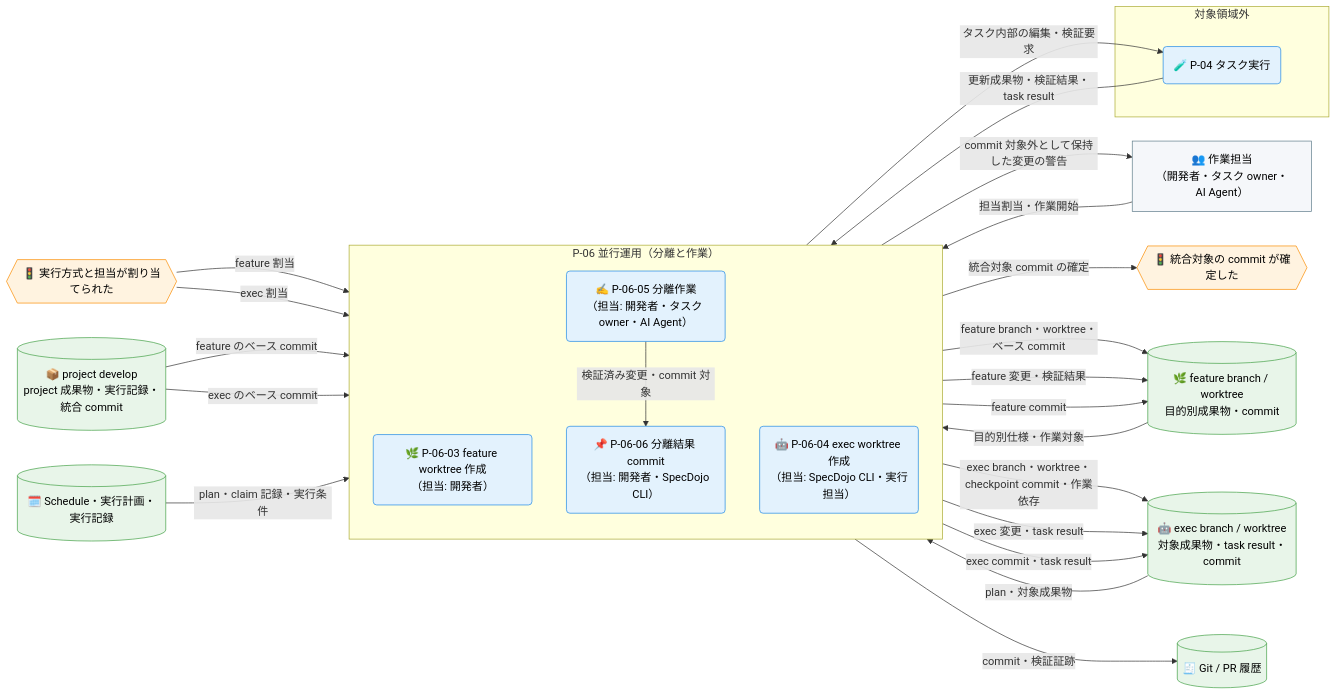
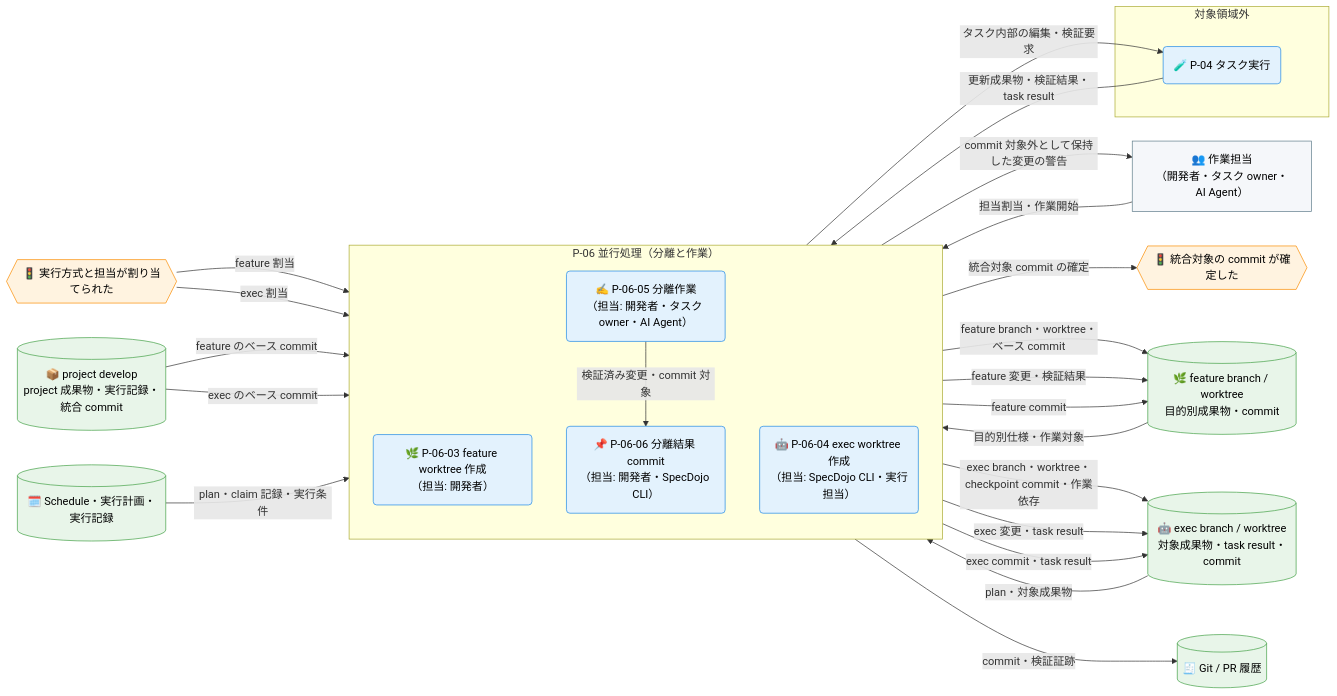
Before and after one commit to specdojo/specdojo: the second of 4 diagrams in docs/ja/product/010-business-specs/010-data-flow/cdfd-multi-project.md, drawn with Mermaid. The commit also changed other lines of this file and 18 other files, not shown here.

First line of the commit message:
exec(T-DATA-FLOW-cdfd-overview-140): finalize cdfd-overview bootstrap

````diff
--- a/docs/ja/product/010-business-specs/010-data-flow/cdfd-multi-project.md
+++ b/docs/ja/product/010-business-specs/010-data-flow/cdfd-multi-project.md
@@ -109,58 +109,58 @@
 ```mermaid
 flowchart LR
   classDef process fill:#e3f2fd,stroke:#1e88e5,color:#000
   classDef event fill:#fff3e0,stroke:#fb8c00,color:#000
   classDef store fill:#e8f5e9,stroke:#43a047,color:#000
   classDef actor fill:#f5f7fa,stroke:#607d8b,color:#000
 
   作業担当["👥 作業担当<br>（開発者・タスク owner・AI Agent）"]
 
   割当確定{{"🚦 実行方式と担当が割り当てられた"}}
   統合可能{{"🚦 統合対象の commit が確定した"}}
 
-  subgraph 並行運用分離["P-06 並行運用（分離と作業）"]
+  subgraph 並行処理分離["P-06 並行処理（分離と作業）"]
     direction TB
     featureWorktree作成("🌿 P-06-03 feature worktree 作成<br>（担当: 開発者）")
     execWorktree作成("🤖 P-06-04 exec worktree 作成<br>（担当: SpecDojo CLI・実行担当）")
     分離作業("✍️ P-06-05 分離作業<br>（担当: 開発者・タスク owner・AI Agent）")
     分離結果Commit("📌 P-06-06 分離結果 commit<br>（担当: 開発者・SpecDojo CLI）")
   end
 
   projectDevelop[("📦 project develop<br>project 成果物・実行記録・統合 commit")]
   featureWorktree[("🌿 feature branch / worktree<br>目的別成果物・commit")]
   execWorktree[("🤖 exec branch / worktree<br>対象成果物・task result・commit")]
   実行計画記録[("🗓️ Schedule・実行計画・実行記録")]
   GitPR履歴[("🧾 Git / PR 履歴")]
 
   subgraph 領域外分離["対象領域外"]
     タスク実行("🧪 P-04 タスク実行")
   end
 
   割当確定 -->|"feature 割当"| featureWorktree作成
   割当確定 -->|"exec 割当"| execWorktree作成
   projectDevelop -->|"feature のベース commit"| featureWorktree作成
   projectDevelop -->|"exec のベース commit"| execWorktree作成
   実行計画記録 -->|"plan・claim 記録・実行条件"| execWorktree作成
   featureWorktree作成 -->|"feature branch・worktree・ベース commit"| featureWorktree
   execWorktree作成 -->|"exec branch・worktree・checkpoint commit・作業依存"| execWorktree
 
   featureWorktree -->|"目的別仕様・作業対象"| 分離作業
   execWorktree -->|"plan・対象成果物"| 分離作業
   作業担当 -->|"担当割当・作業開始"| 分離作業
   分離作業 -->|"タスク内部の編集・検証要求"| タスク実行
   タスク実行 -->|"更新成果物・検証結果・task result"| 分離作業
   分離作業 -->|"feature 変更・検証結果"| featureWorktree
   分離作業 -->|"exec 変更・task result"| execWorktree
 
   分離作業 -->|"検証済み変更・commit 対象"| 分離結果Commit
   分離結果Commit -->|"feature commit"| featureWorktree
   分離結果Commit -->|"exec commit・task result"| execWorktree
   分離結果Commit -->|"commit・検証証跡"| GitPR履歴
   分離結果Commit -->|"commit 対象外として保持した変更の警告"| 作業担当
   分離結果Commit -->|"統合対象 commit の確定"| 統合可能
 
   class featureWorktree作成,execWorktree作成,分離作業,分離結果Commit,タスク実行 process
   class 割当確定,統合可能 event
   class projectDevelop,featureWorktree,execWorktree,実行計画記録,GitPR履歴 store
   class 作業担当 actor
 ```
````
